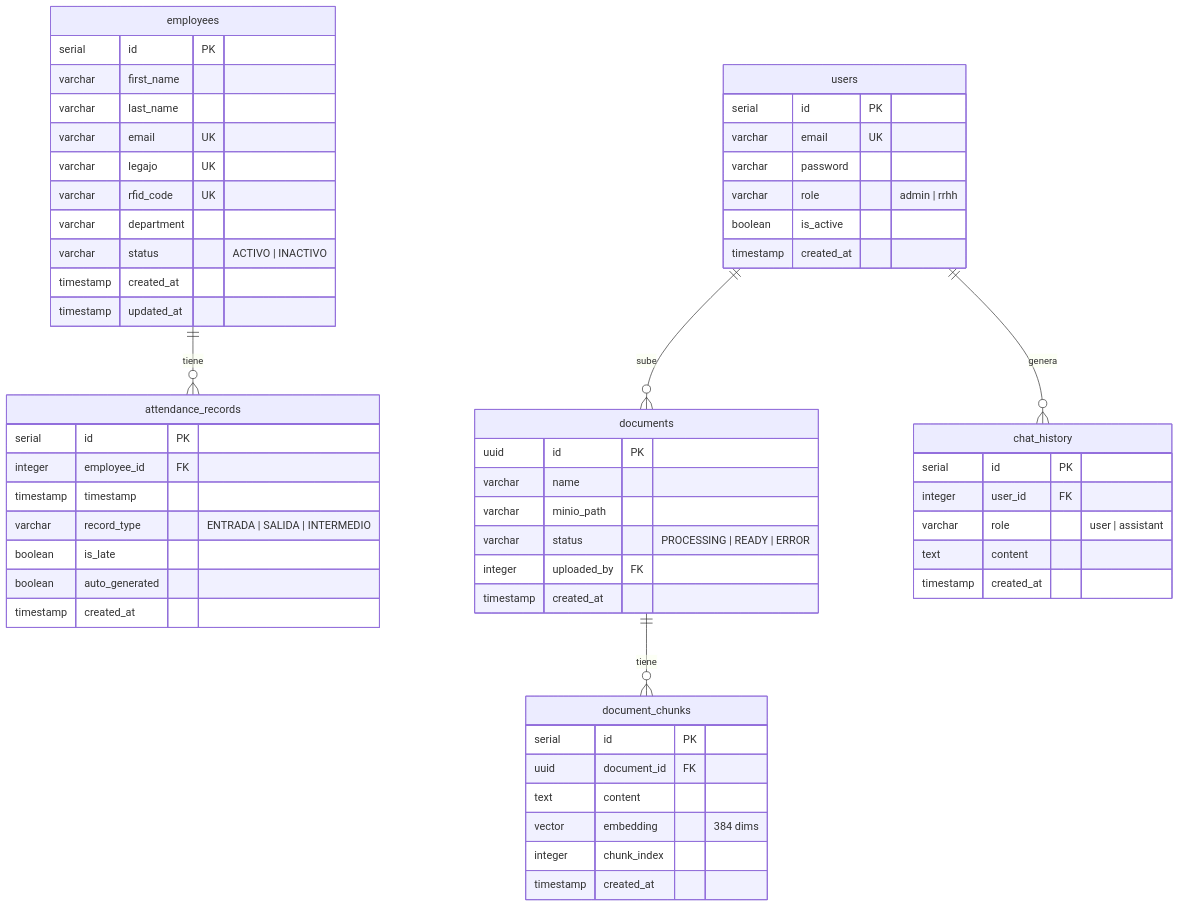
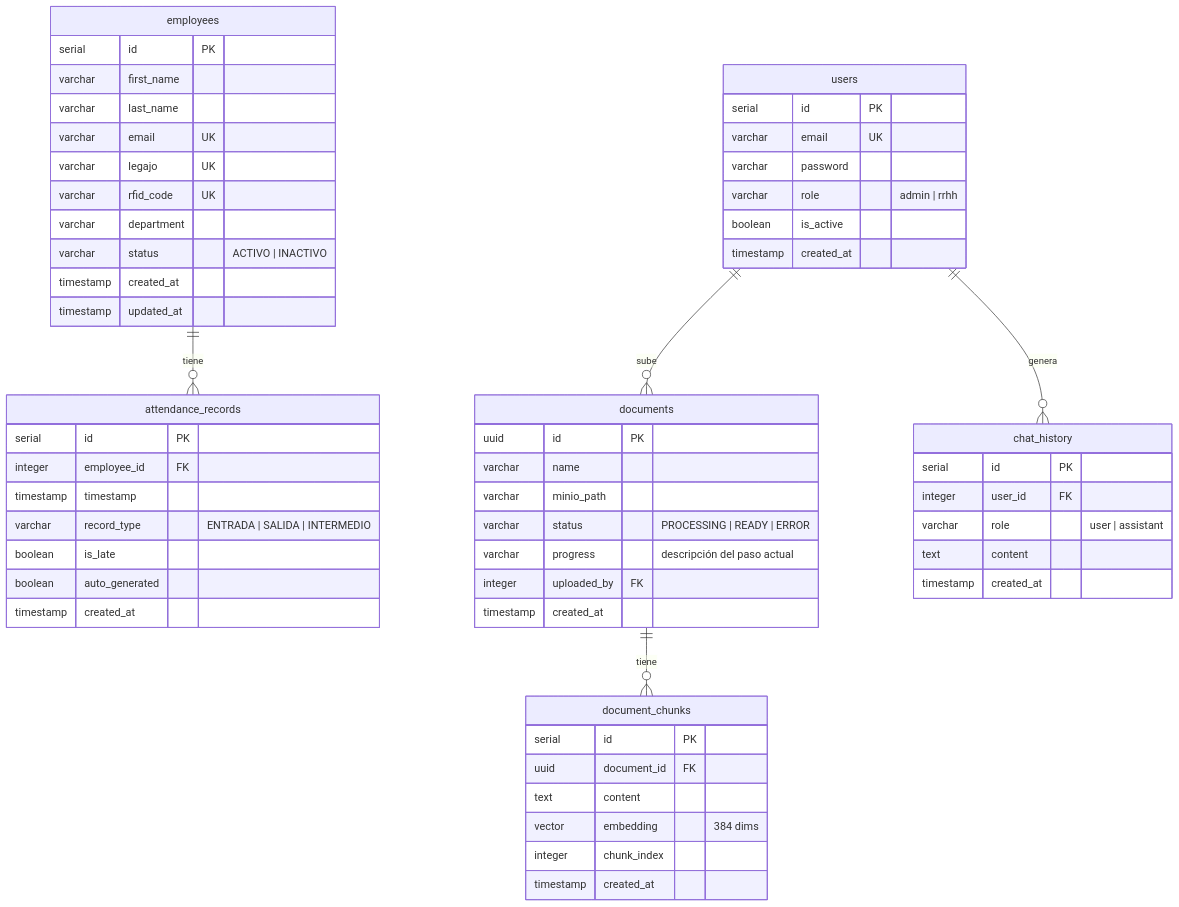
The diagram in docs/architecture/database-schema.md (marianodr/kuaai-intelligent-hrms), drawn with Mermaid before and after one commit. The commit also changed other lines of this file and 32 other files, not shown here.

````diff
--- a/docs/architecture/database-schema.md
+++ b/docs/architecture/database-schema.md
@@ -5,65 +5,66 @@
 ```mermaid
 erDiagram
     users {
         serial id PK
         varchar email UK
         varchar password
         varchar role "admin | rrhh"
         boolean is_active
         timestamp created_at
     }
 
     employees {
         serial id PK
         varchar first_name
         varchar last_name
         varchar email UK
         varchar legajo UK
         varchar rfid_code UK
         varchar department
         varchar status "ACTIVO | INACTIVO"
         timestamp created_at
         timestamp updated_at
     }
 
     attendance_records {
         serial id PK
         integer employee_id FK
         timestamp timestamp
         varchar record_type "ENTRADA | SALIDA | INTERMEDIO"
         boolean is_late
         boolean auto_generated
         timestamp created_at
     }
 
     documents {
         uuid id PK
         varchar name
         varchar minio_path
         varchar status "PROCESSING | READY | ERROR"
+        varchar progress "descripción del paso actual"
         integer uploaded_by FK
         timestamp created_at
     }
 
     document_chunks {
         serial id PK
         uuid document_id FK
         text content
         vector embedding "384 dims"
         integer chunk_index
         timestamp created_at
     }
 
     chat_history {
         serial id PK
         integer user_id FK
         varchar role "user | assistant"
         text content
         timestamp created_at
     }
 
     employees ||--o{ attendance_records : "tiene"
     users ||--o{ documents : "sube"
     documents ||--o{ document_chunks : "tiene"
     users ||--o{ chat_history : "genera"
 ```
````
